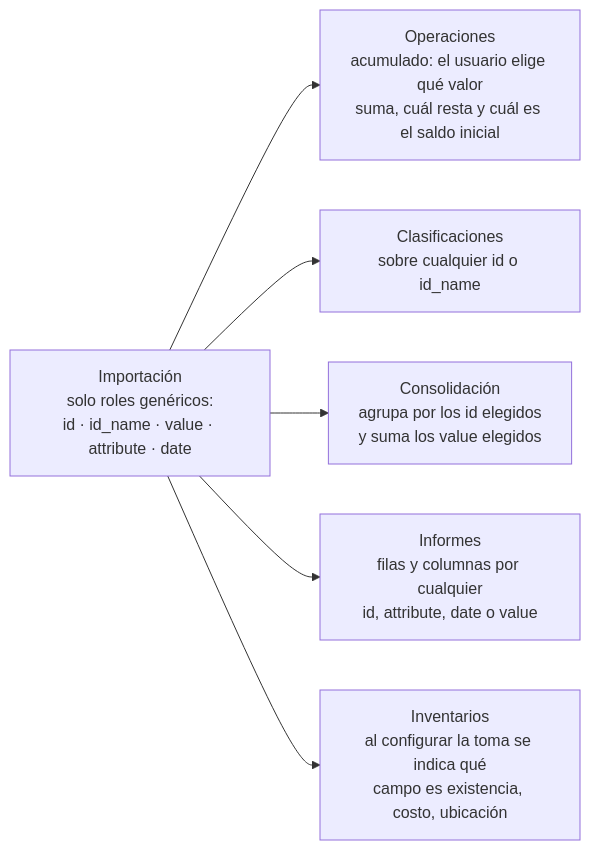
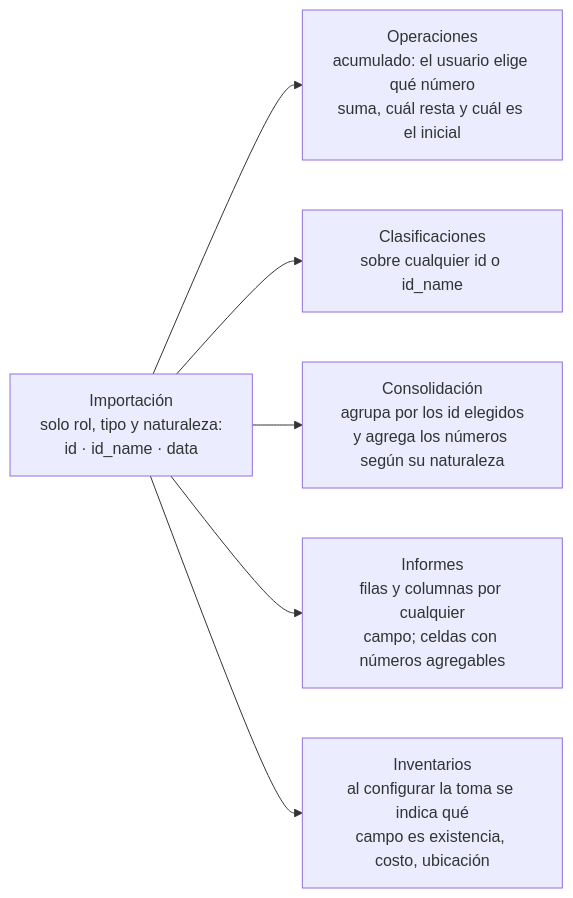
One commit to Axel-Esquivel/Asisteglt_v2 changed the second of 7 diagrams in docs/12-preconfiguraciones-y-carga-multiple.md. Above: the diagram before and after it, drawn with Mermaid. The commit also changed other lines of this file and 3 other files, not shown here.

````diff
--- a/docs/12-preconfiguraciones-y-carga-multiple.md
+++ b/docs/12-preconfiguraciones-y-carga-multiple.md
@@ -74,9 +134,9 @@
 ```mermaid
 flowchart LR
-    imp["Importación<br/>solo roles genéricos:<br/>id · id_name · value · attribute · date"]
-    imp --> ops["Operaciones<br/>acumulado: el usuario elige qué valor<br/>suma, cuál resta y cuál es el saldo inicial"]
+    imp["Importación<br/>solo rol, tipo y naturaleza:<br/>id · id_name · data"]
+    imp --> ops["Operaciones<br/>acumulado: el usuario elige qué número<br/>suma, cuál resta y cuál es el inicial"]
     imp --> cls["Clasificaciones<br/>sobre cualquier id o id_name"]
-    imp --> con["Consolidación<br/>agrupa por los id elegidos<br/>y suma los value elegidos"]
-    imp --> rep["Informes<br/>filas y columnas por cualquier<br/>id, attribute, date o value"]
+    imp --> con["Consolidación<br/>agrupa por los id elegidos<br/>y agrega los números según su naturaleza"]
+    imp --> rep["Informes<br/>filas y columnas por cualquier<br/>campo; celdas con números agregables"]
     imp --> inv["Inventarios<br/>al configurar la toma se indica qué<br/>campo es existencia, costo, ubicación"]
 ```
````
